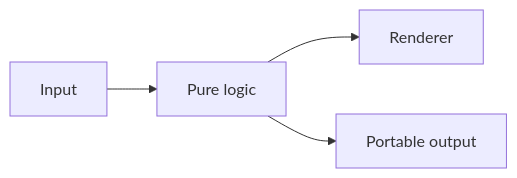
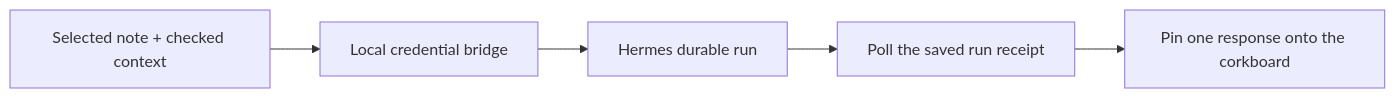
One commit to bblevick/machine-stories changed the diagram in README.md. Above: the diagram before and after it, drawn with Mermaid. The commit also changed other lines of this file and 39 other files, not shown here.

Commit message:
Build Afterthought corkboard, diagrams and ink with a local Hermes run integration

````diff
--- a/README.md
+++ b/README.md
@@ -43,6 +48,7 @@
 ```mermaid
 flowchart LR
-    A[Input] --> B[Pure logic]
-    B --> C[Renderer]
-    B --> D[Portable output]
+  N[Selected note + checked context] --> B[Local credential bridge]
+  B --> R[Hermes durable run]
+  R --> P[Poll the saved run receipt]
+  P --> C[Pin one response onto the corkboard]
 ```
````
